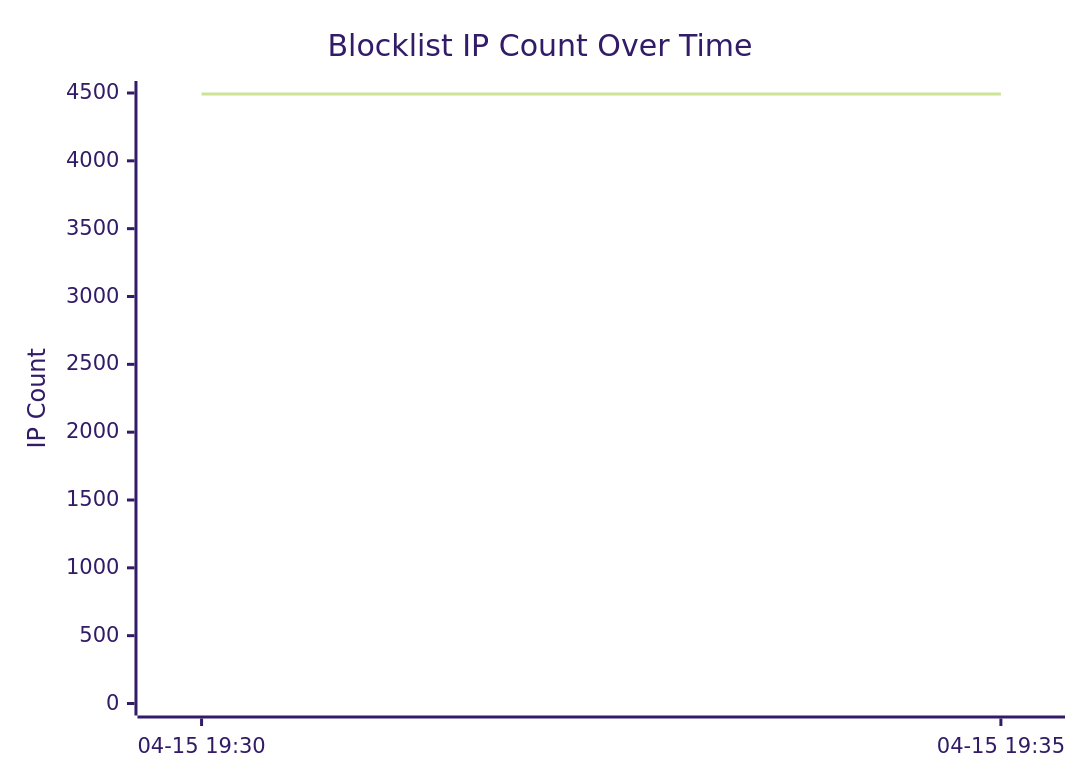
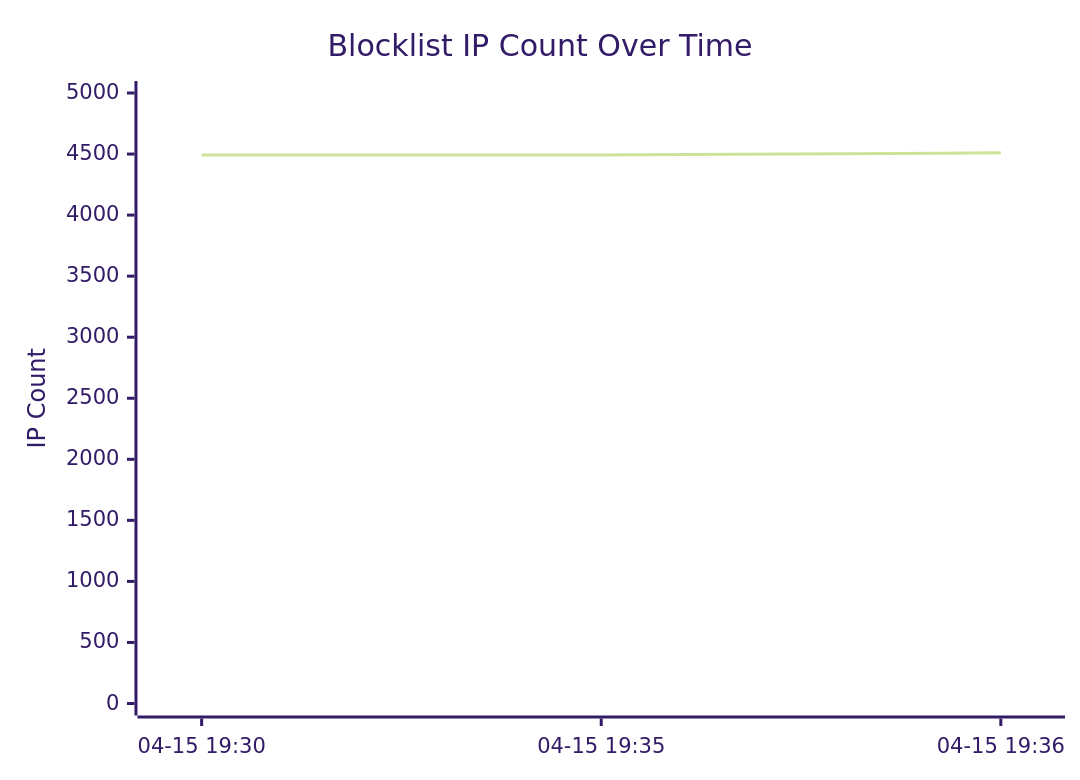
The diagram in README.md (cercatrova21/blocklist), drawn with Mermaid (forest theme) before and after one commit. The commit also changed other lines of this file and 2 other files, not shown here.

Commit message:
Update blocklist – 2026-04-15 19:36

````diff
--- a/README.md
+++ b/README.md
@@ -115,7 +115,7 @@
 ```mermaid
 xychart-beta
     title "Blocklist IP Count Over Time"
-    x-axis ["04-15 19:30", "04-15 19:35"]
-    y-axis "IP Count" 0 --> 4500
-    line [4492, 4492]
+    x-axis ["04-15 19:30", "04-15 19:35", "04-15 19:36"]
+    y-axis "IP Count" 0 --> 5000
+    line [4492, 4492, 4510]
 ```
````
